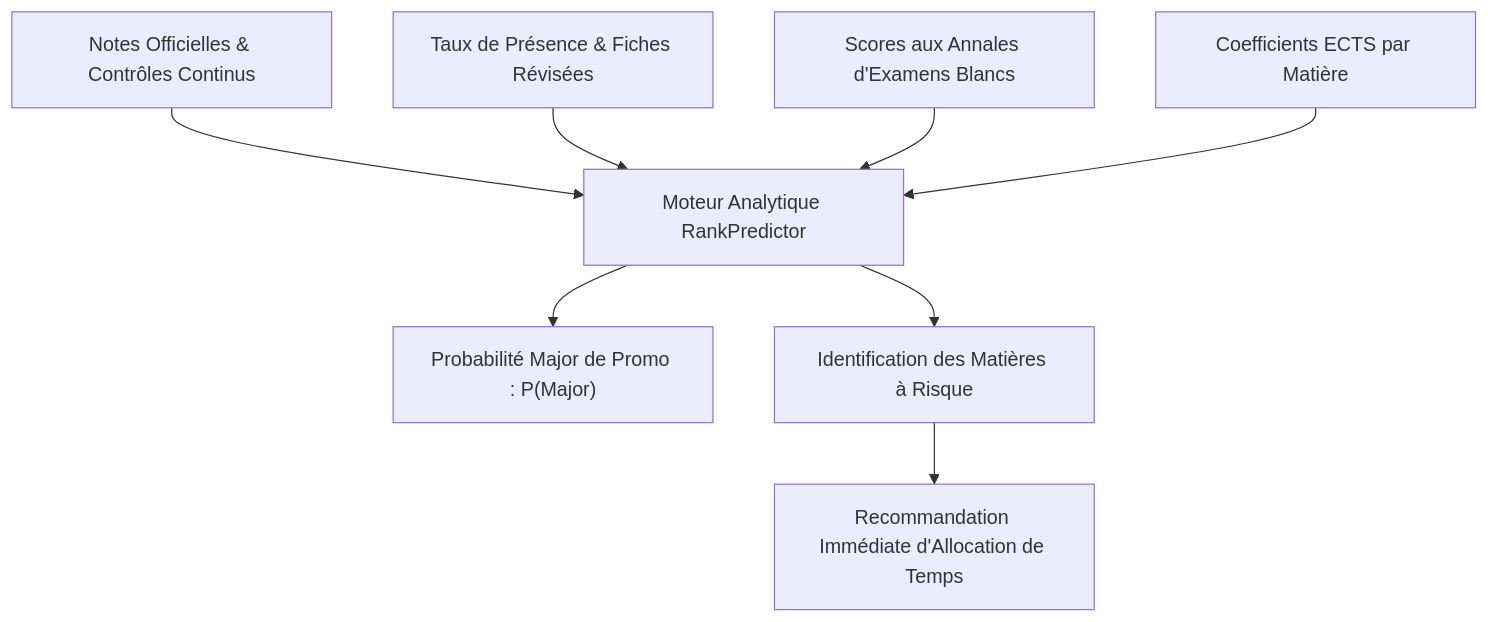
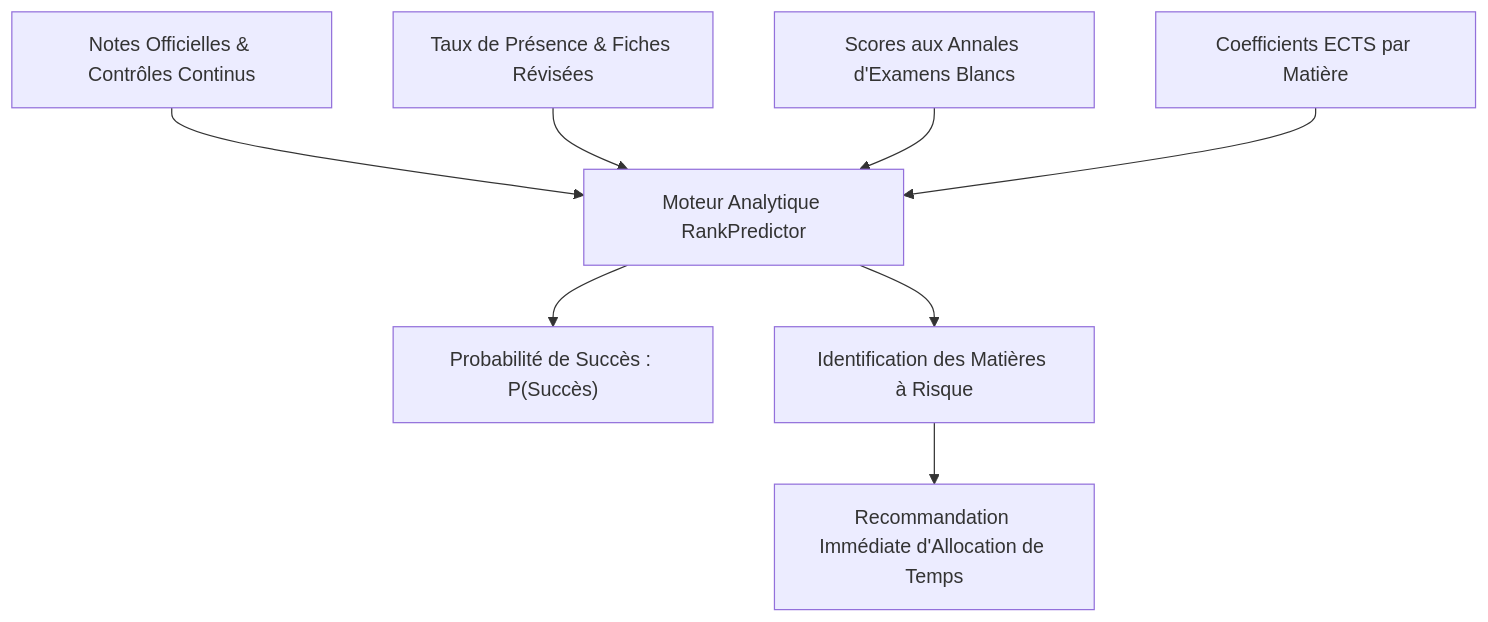
Before and after one commit to GeovanioH/LevelUp: the fifth of 5 diagrams in docs/01-PRD.md, drawn with Mermaid. The commit also changed other lines of this file and 13 other files, not shown here.

````diff
--- a/docs/01-PRD.md
+++ b/docs/01-PRD.md
@@ -751,11 +746,11 @@
 ```mermaid
 flowchart TD
     Notes["Notes Officielles & Contrôles Continus"] --> Predicteur["Moteur Analytique RankPredictor"]
     Assiduite["Taux de Présence & Fiches Révisées"] --> Predicteur
     Annales["Scores aux Annales d'Examens Blancs"] --> Predicteur
     Ponderations["Coefficients ECTS par Matière"] --> Predicteur
     
-    Predicteur --> Proba["Probabilité Major de Promo : P(Major)"]
+    Predicteur --> Proba["Probabilité de Succès : P(Succès)"]
     Predicteur --> Diagnostic["Identification des Matières à Risque"]
     Diagnostic --> Recommandation["Recommandation Immédiate d'Allocation de Temps"]
 ```
````
